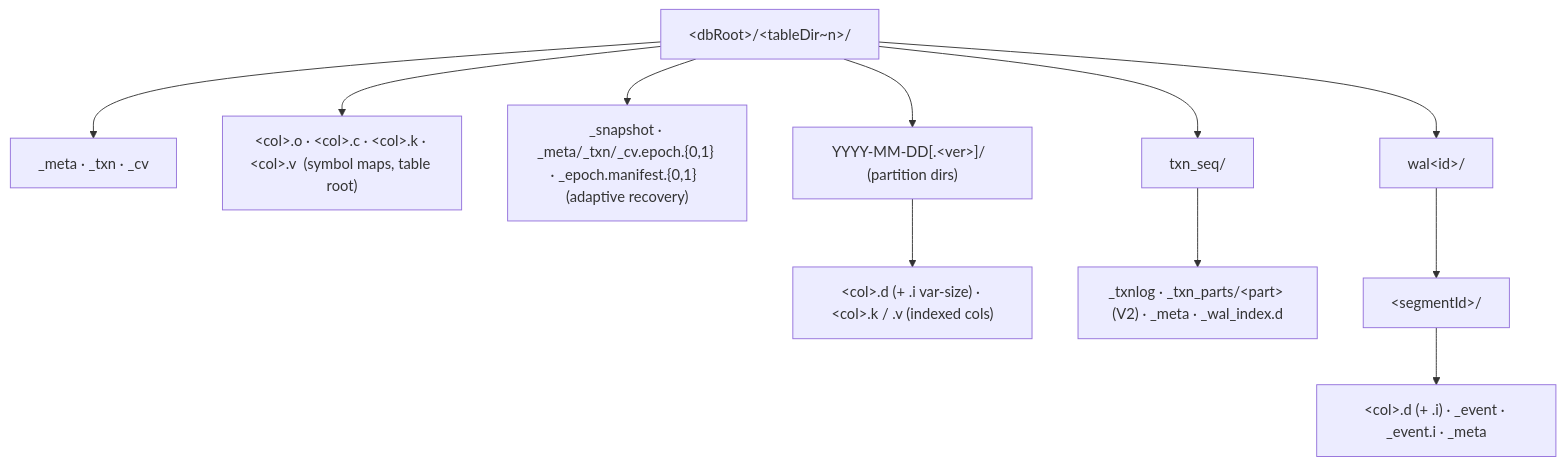
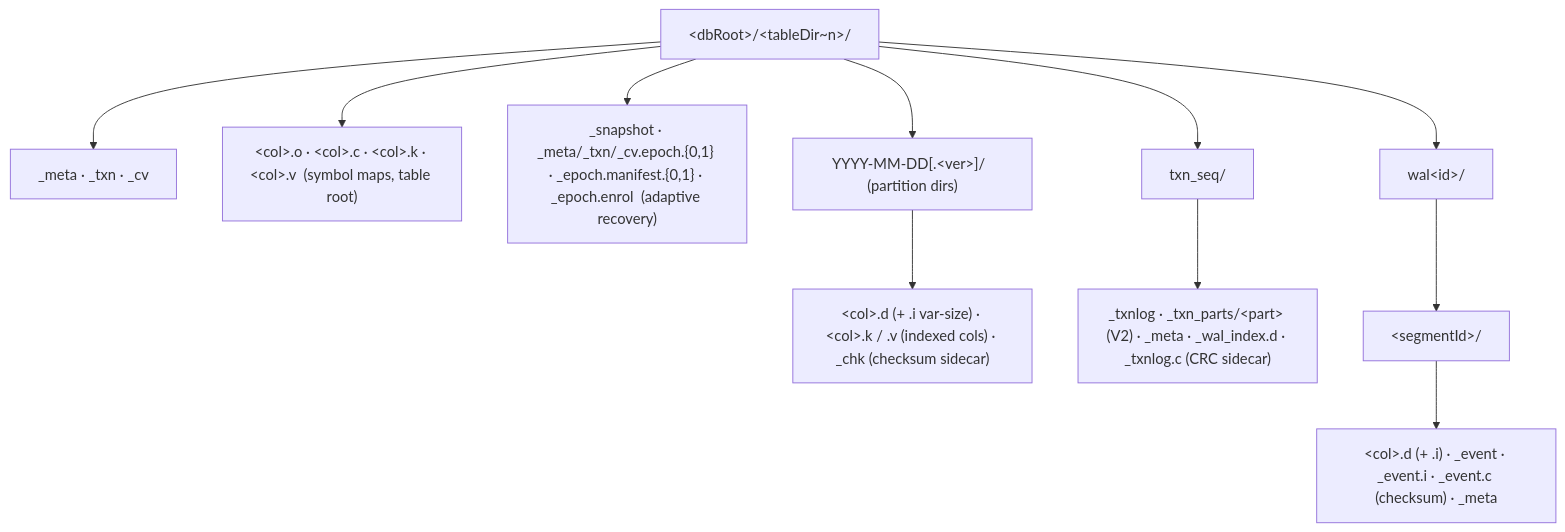
One commit to questdb/questdb changed the second of 4 diagrams in docs/adaptive-commit-internals.md. Above: the diagram before and after it, drawn with Mermaid. The commit also changed other lines of this file and 1 other file, not shown here.

First paragraph of the commit message:
docs(adaptive): document the seven config keys and four on-disk files the docs had missed
Audited every adaptive-owned key in PropertyKey against the operator guide's
appendix. Seven were shipping undocumented:

````diff
--- a/docs/adaptive-commit-internals.md
+++ b/docs/adaptive-commit-internals.md
@@ -187,17 +187,17 @@
 ```mermaid
 flowchart TD
     ROOT["&lt;dbRoot&gt;/&lt;tableDir~n&gt;/"]
 
     ROOT --> TBLF["_meta · _txn · _cv"]
     ROOT --> SYMF["&lt;col&gt;.o · &lt;col&gt;.c · &lt;col&gt;.k · &lt;col&gt;.v  (symbol maps, table root)"]
-    ROOT --> EPO["_snapshot · _meta/_txn/_cv.epoch.{0,1} · _epoch.manifest.{0,1}  (adaptive recovery)"]
+    ROOT --> EPO["_snapshot · _meta/_txn/_cv.epoch.{0,1} · _epoch.manifest.{0,1} · _epoch.enrol  (adaptive recovery)"]
     ROOT --> PART["YYYY-MM-DD[.&lt;ver&gt;]/  (partition dirs)"]
-    PART --> PCOL["&lt;col&gt;.d (+ .i var-size) · &lt;col&gt;.k / .v (indexed cols)"]
+    PART --> PCOL["&lt;col&gt;.d (+ .i var-size) · &lt;col&gt;.k / .v (indexed cols) · _chk (checksum sidecar)"]
 
     ROOT --> SEQD["txn_seq/"]
-    SEQD --> SEQF["_txnlog · _txn_parts/&lt;part&gt; (V2) · _meta · _wal_index.d"]
+    SEQD --> SEQF["_txnlog · _txn_parts/&lt;part&gt; (V2) · _meta · _wal_index.d · _txnlog.c (CRC sidecar)"]
 
     ROOT --> WALD["wal&lt;id&gt;/"]
     WALD --> SEGD["&lt;segmentId&gt;/"]
-    SEGD --> SEGF["&lt;col&gt;.d (+ .i) · _event · _event.i · _meta"]
+    SEGD --> SEGF["&lt;col&gt;.d (+ .i) · _event · _event.i · _event.c (checksum) · _meta"]
 ```
````
